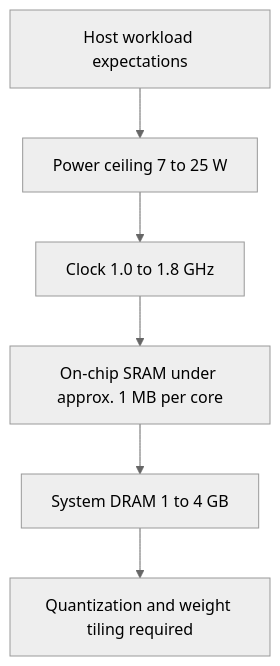
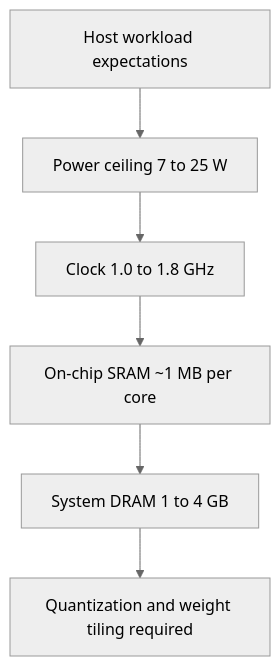
One commit to rosspeili/computational_storage_landscape changed the diagram in README.md. Above: the diagram before and after it, drawn with Mermaid (neutral theme). The commit also changed 6 other files, not shown here.

Commit message:
fix mermaid flowchart syntax; plot memory/model axes in MB/GB labels (no 10^n)

````diff
--- a/README.md
+++ b/README.md
@@ -157,8 +157,8 @@
 ```mermaid
 flowchart TB
- H[Host workload expectations] --> P[Power ceiling 7 to 25 W]
- P --> C[Clock 1.0 to 1.8 GHz]
- C --> S[On-chip SRAM under approx. 1 MB per core]
- S --> D[System DRAM 1 to 4 GB]
- D --> Q[Quantization and weight tiling required]
+    A["Host workload expectations"] --> B["Power ceiling 7 to 25 W"]
+    B --> C["Clock 1.0 to 1.8 GHz"]
+    C --> D["On-chip SRAM ~1 MB per core"]
+    D --> E["System DRAM 1 to 4 GB"]
+    E --> F["Quantization and weight tiling required"]
 ```
````
